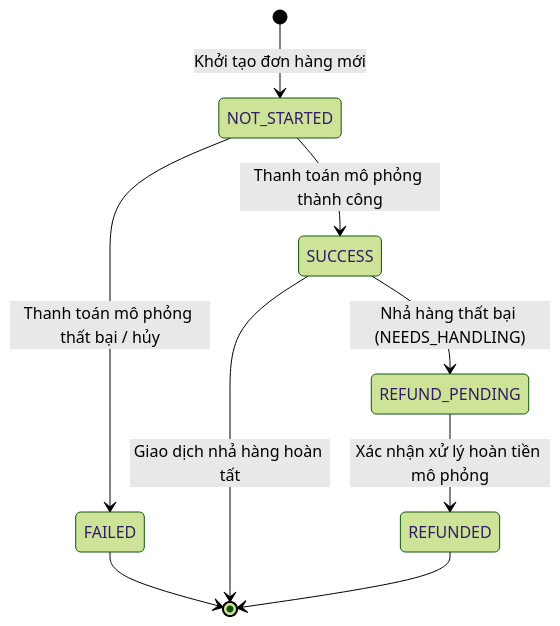
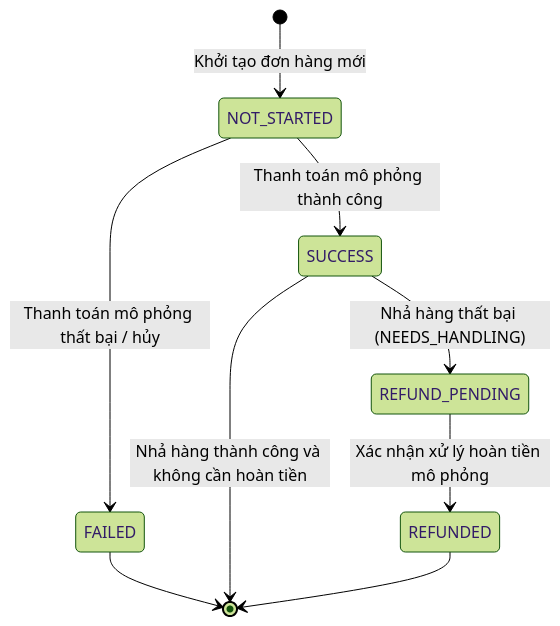
The diagram in diagrams/diagram_08_state_payment.mmd (nguyenxuanhieu2903/Freshvend-test), drawn with Mermaid (forest theme) before and after one commit. The commit also changed 92 other files, not shown here.

Commit message:
chore(repo): checkpoint Freshvend diagrams and scaffold

```diff
--- a/diagrams/diagram_08_state_payment.mmd
+++ b/diagrams/diagram_08_state_payment.mmd
@@ -1,12 +1,12 @@
 stateDiagram-v2
     [*] --> NOT_STARTED : Khởi tạo đơn hàng mới
 
     NOT_STARTED --> SUCCESS : Thanh toán mô phỏng thành công
     NOT_STARTED --> FAILED : Thanh toán mô phỏng thất bại / hủy
 
     SUCCESS --> REFUND_PENDING : Nhả hàng thất bại (NEEDS_HANDLING)
     REFUND_PENDING --> REFUNDED : Xác nhận xử lý hoàn tiền mô phỏng
 
     FAILED --> [*]
-    SUCCESS --> [*] : Giao dịch nhả hàng hoàn tất
+    SUCCESS --> [*] : Nhả hàng thành công và không cần hoàn tiền
     REFUNDED --> [*]
```
